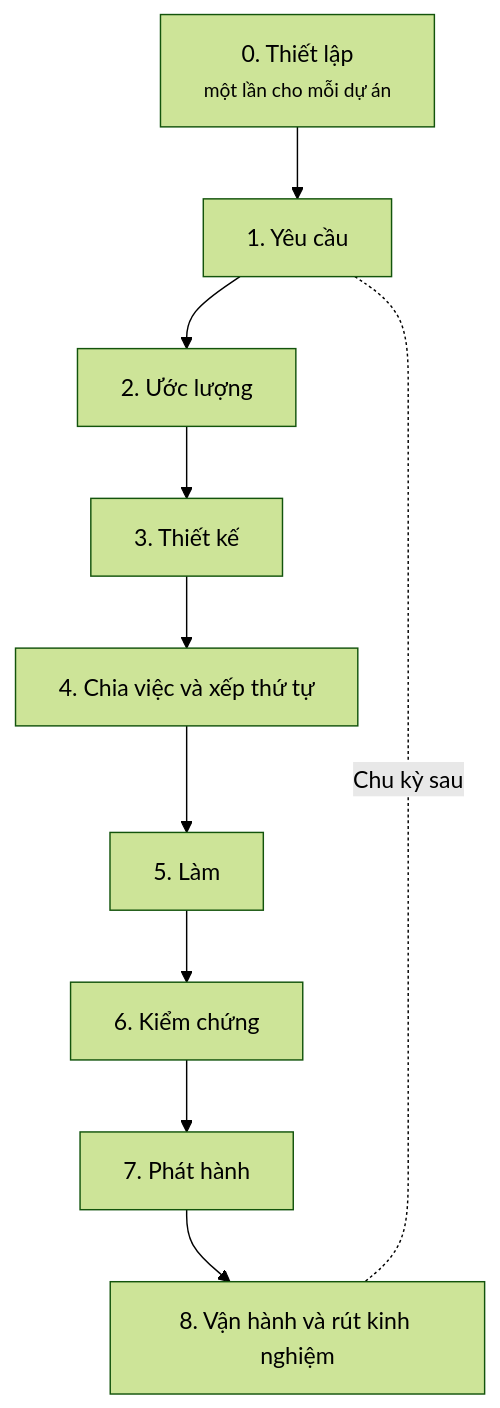
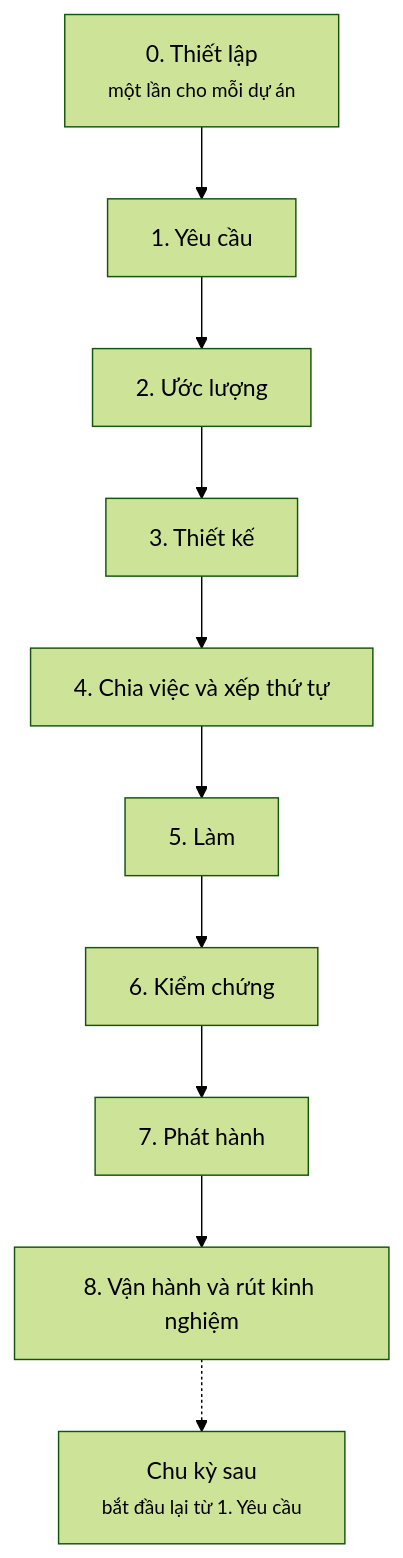
One commit to lamngockhuong/aiteamkit changed the first of 3 diagrams in docs/vi/flow/project-flow.md. Above: the diagram before and after it, drawn with Mermaid (forest theme). The commit also changed other lines of this file and 6 other files, not shown here.

First line of the commit message:
fix: draw a diagram's loop back to an end node so it keeps its arrowhead

````diff
--- a/docs/vi/flow/project-flow.md
+++ b/docs/vi/flow/project-flow.md
@@ -17,12 +17,12 @@
 ```mermaid
 flowchart TD
     P0["0. Thiết lập<br/><small>một lần cho mỗi dự án</small>"] --> P1["1. Yêu cầu"]
     P1 --> P2["2. Ước lượng"]
     P2 --> P3["3. Thiết kế"]
     P3 --> P4["4. Chia việc và xếp thứ tự"]
     P4 --> P5["5. Làm"]
     P5 --> P6["6. Kiểm chứng"]
     P6 --> P7["7. Phát hành"]
     P7 --> P8["8. Vận hành và rút kinh nghiệm"]
-    P1 <-.-|Chu kỳ sau| P8
+    P8 -.-> NC["Chu kỳ sau<br/><small>bắt đầu lại từ 1. Yêu cầu</small>"]
 ```
````
